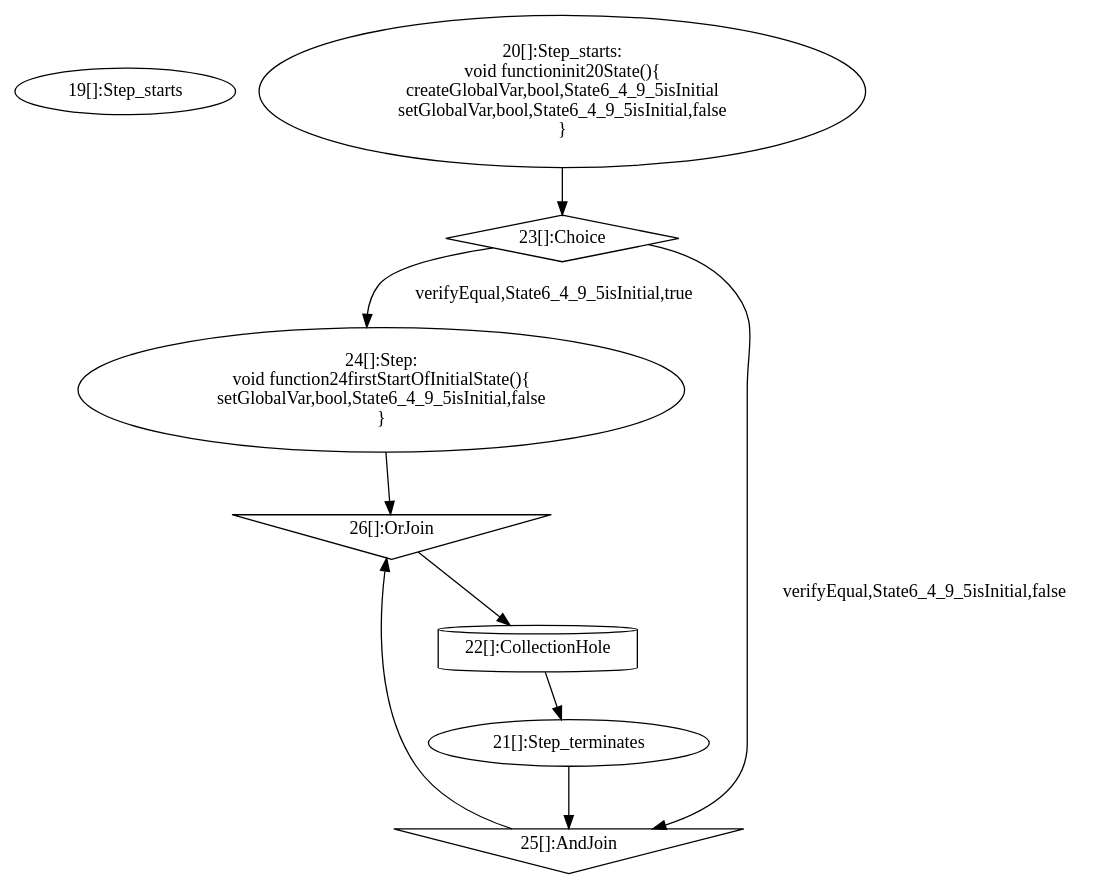
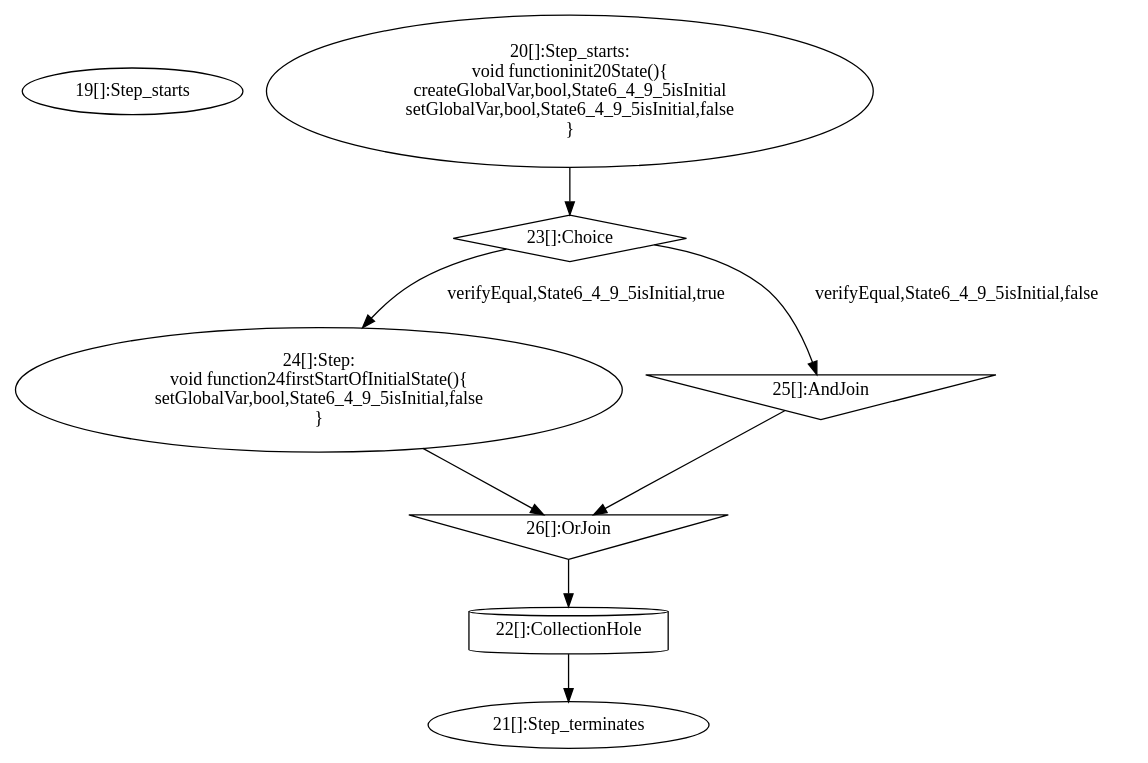
Before and after one commit to jdeantoni/TCOS.lang: the diagram in examples/programs/generated/localCCFGs/localCCFGinit20State.dot, drawn with Graphviz. The commit also changed 64 other files, not shown here.

```diff
--- a/examples/programs/generated/localCCFGs/localCCFGinit20State.dot
+++ b/examples/programs/generated/localCCFGs/localCCFGinit20State.dot
@@ -1,25 +1,24 @@
 digraph G {
   "19" [label="19[]:Step_starts" shape="ellipse" ];
   "20" [label="20[]:Step_starts:
 void functioninit20State(){
 createGlobalVar,bool,State6_4_9_5isInitial
 setGlobalVar,bool,State6_4_9_5isInitial,false
 }" shape="ellipse" ];
   "21" [label="21[]:Step_terminates" shape="ellipse" ];
   "22" [label="22[]:CollectionHole" shape="cylinder" ];
   "23" [label="23[]:Choice" shape="diamond" ];
   "24" [label="24[]:Step:
 void function24firstStartOfInitialState(){
 setGlobalVar,bool,State6_4_9_5isInitial,false
 }" shape="ellipse" ];
   "25" [label="25[]:AndJoin" shape="invtriangle" ];
   "26" [label="26[]:OrJoin" shape="invtriangle" ];
   "20" -> "23" [label=""];
   "23" -> "24" [label="verifyEqual,State6_4_9_5isInitial,true"];
   "24" -> "26" [label=""];
   "23" -> "25" [label="verifyEqual,State6_4_9_5isInitial,false"];
-  "21" -> "25" [label=""];
   "25" -> "26" [label=""];
   "26" -> "22" [label=""];
   "22" -> "21" [label=""];
 }
```
